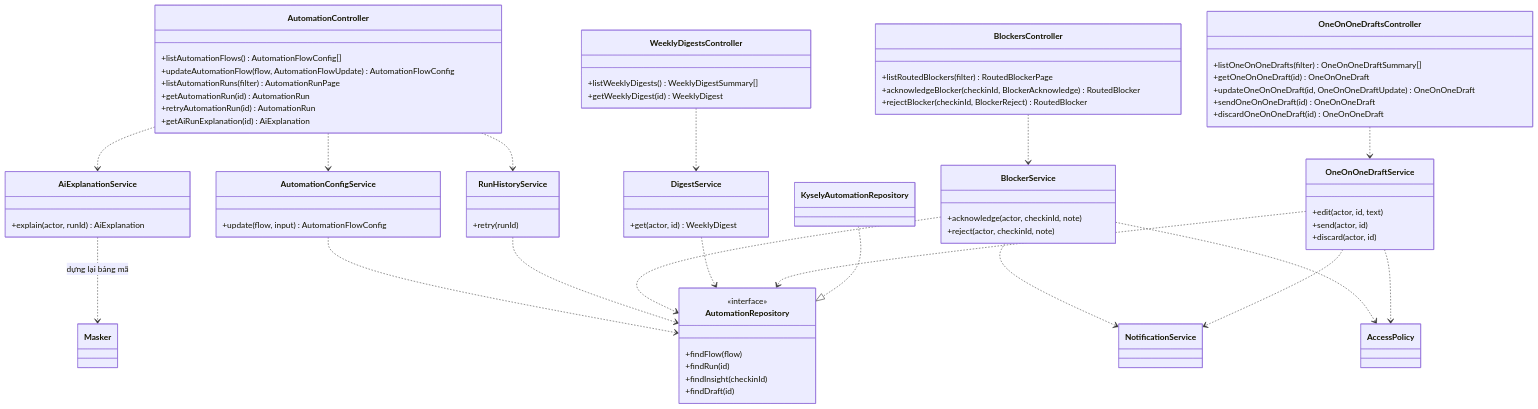
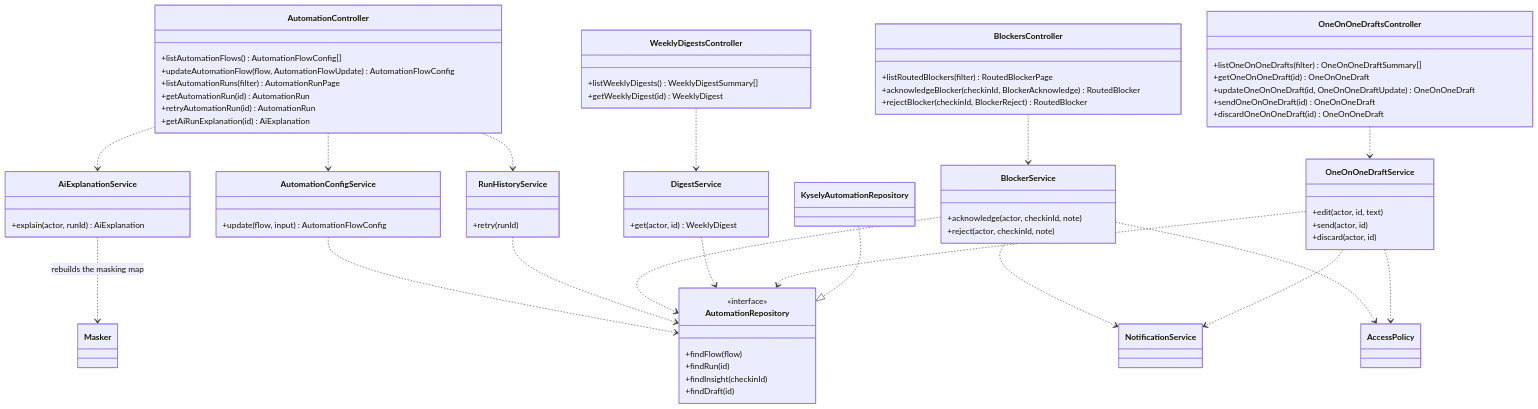
Before and after one commit to Akaza-ban/OCK-360: the sixth of 7 diagrams in docs/architecture/class-diagrams.md, drawn with Mermaid. The commit also changed other lines of this file and 24 other files, not shown here.

````diff
--- a/docs/architecture/class-diagrams.md
+++ b/docs/architecture/class-diagrams.md
@@ -412,73 +412,73 @@
 ```mermaid
 classDiagram
     class AutomationController {
         +listAutomationFlows() AutomationFlowConfig[]
         +updateAutomationFlow(flow, AutomationFlowUpdate) AutomationFlowConfig
         +listAutomationRuns(filter) AutomationRunPage
         +getAutomationRun(id) AutomationRun
         +retryAutomationRun(id) AutomationRun
         +getAiRunExplanation(id) AiExplanation
     }
     class BlockersController {
         +listRoutedBlockers(filter) RoutedBlockerPage
         +acknowledgeBlocker(checkinId, BlockerAcknowledge) RoutedBlocker
         +rejectBlocker(checkinId, BlockerReject) RoutedBlocker
     }
     class WeeklyDigestsController {
         +listWeeklyDigests() WeeklyDigestSummary[]
         +getWeeklyDigest(id) WeeklyDigest
     }
     class OneOnOneDraftsController {
         +listOneOnOneDrafts(filter) OneOnOneDraftSummary[]
         +getOneOnOneDraft(id) OneOnOneDraft
         +updateOneOnOneDraft(id, OneOnOneDraftUpdate) OneOnOneDraft
         +sendOneOnOneDraft(id) OneOnOneDraft
         +discardOneOnOneDraft(id) OneOnOneDraft
     }
     class AutomationConfigService {
         +update(flow, input) AutomationFlowConfig
     }
     class RunHistoryService {
         +retry(runId)
     }
     class AiExplanationService {
         +explain(actor, runId) AiExplanation
     }
     class BlockerService {
         +acknowledge(actor, checkinId, note)
         +reject(actor, checkinId, note)
     }
     class DigestService {
         +get(actor, id) WeeklyDigest
     }
     class OneOnOneDraftService {
         +edit(actor, id, text)
         +send(actor, id)
         +discard(actor, id)
     }
     class AutomationRepository {
         <<interface>>
         +findFlow(flow)
         +findRun(id)
         +findInsight(checkinId)
         +findDraft(id)
     }
     class KyselyAutomationRepository
     AutomationController ..> AutomationConfigService
     AutomationController ..> RunHistoryService
     AutomationController ..> AiExplanationService
     BlockersController ..> BlockerService
     WeeklyDigestsController ..> DigestService
     OneOnOneDraftsController ..> OneOnOneDraftService
-    AiExplanationService ..> Masker : dựng lại bảng mã
+    AiExplanationService ..> Masker : rebuilds the masking map
     BlockerService ..> AccessPolicy
     BlockerService ..> NotificationService
     OneOnOneDraftService ..> AccessPolicy
     OneOnOneDraftService ..> NotificationService
     AutomationConfigService ..> AutomationRepository
     RunHistoryService ..> AutomationRepository
     BlockerService ..> AutomationRepository
     DigestService ..> AutomationRepository
     OneOnOneDraftService ..> AutomationRepository
     KyselyAutomationRepository ..|> AutomationRepository
 ```
````
